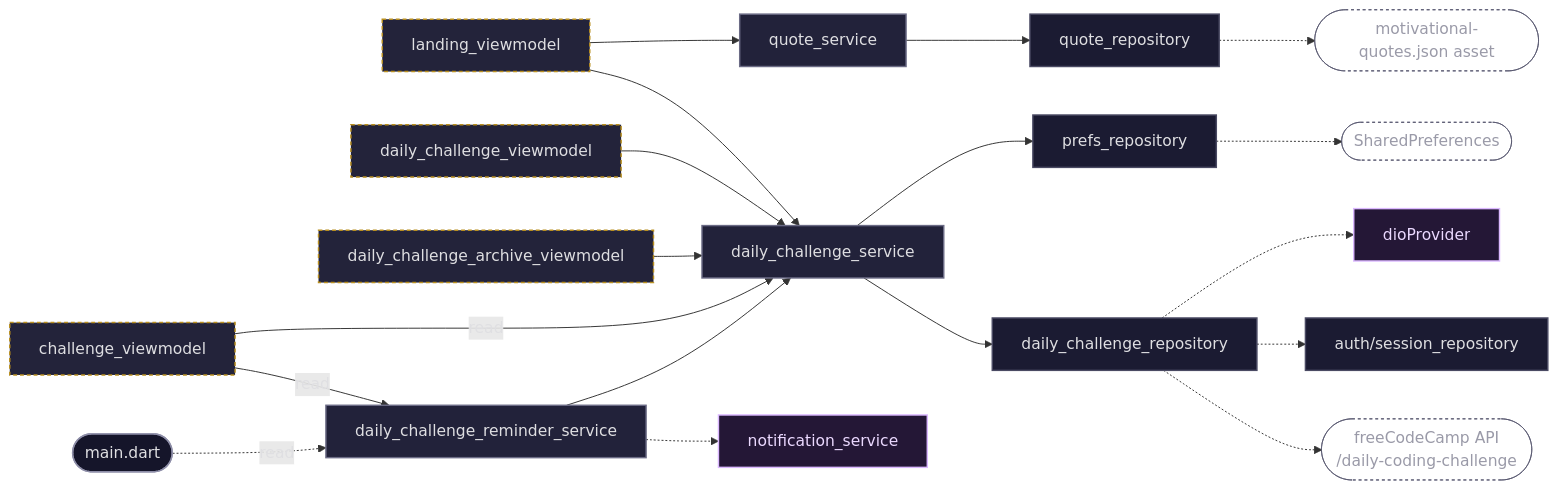
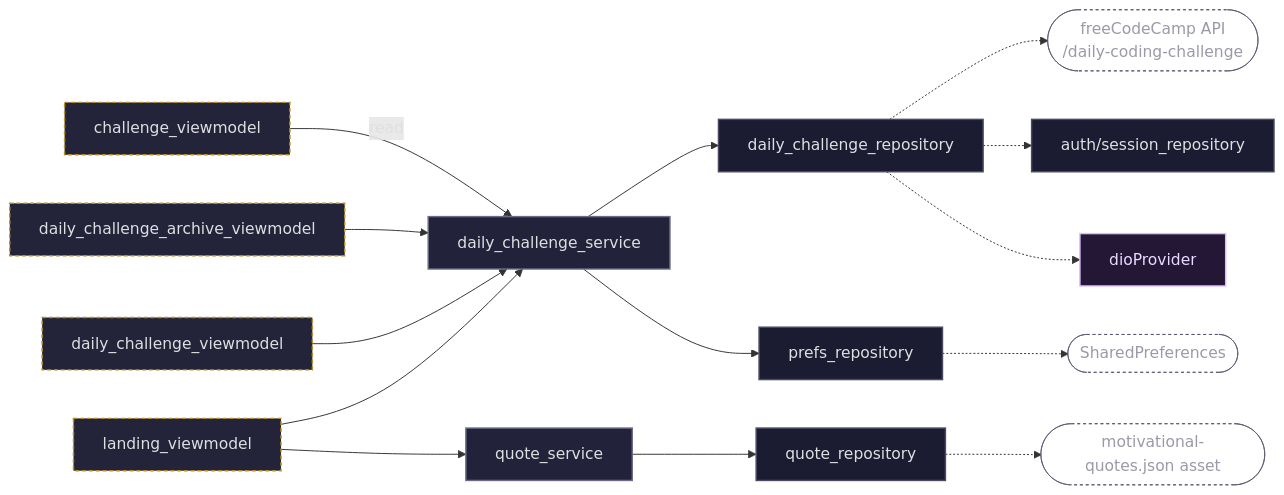
The sixth of 7 diagrams in docs/LAYER_MAP.md (freeCodeCamp/mobile), drawn with Mermaid before and after one commit. The commit also changed other lines of this file and 12 other files, not shown here.

First line of the commit message:
fix: keep daily reminder on for v8 users and skip days the app is opened

````diff
--- a/docs/LAYER_MAP.md
+++ b/docs/LAYER_MAP.md
@@ -263,52 +263,45 @@
 ```mermaid
 flowchart LR
   LVM["landing_viewmodel"]:::vm
   DVM["daily_challenge_viewmodel"]:::vm
   AVM["daily_challenge_archive_viewmodel"]:::vm
   CVM2["challenge_viewmodel"]:::vm
-  ROOT(["main.dart"]):::root
 
   DCS["daily_challenge_service"]:::svc
-  REM["daily_challenge_reminder_service"]:::svc
   QS2["quote_service"]:::svc
 
   DCR["daily_challenge_repository"]:::repo
   PR2["prefs_repository"]:::repo
   QR["quote_repository"]:::repo
   SESS2["auth/session_repository"]:::repo
 
-  NOTIF["notification_service"]:::plat
   DIO2["dioProvider"]:::plat
 
   SRC4(["freeCodeCamp API<br/>/daily-coding-challenge"]):::ext
   SRC5(["SharedPreferences"]):::ext
   SRC6(["motivational-quotes.json asset"]):::ext
 
   LVM --> DCS
   LVM --> QS2
   DVM --> DCS
   AVM --> DCS
   CVM2 -->|read| DCS
-  CVM2 -->|read| REM
-  REM --> DCS
 
   DCS --> DCR
   DCS --> PR2
   QS2 --> QR
 
   DCR -.-> SRC4
   PR2 -.-> SRC5
   QR -.-> SRC6
 
-  REM -.-> NOTIF
-  ROOT -.->|read| REM
   DCR -.-> SESS2
   DCR -.-> DIO2
 
   classDef vm fill:#23233a,stroke:#B98F1F,stroke-width:1.5px,stroke-dasharray:4 3,color:#DFDFE2
   classDef svc fill:#22223a,stroke:#6B6B85,stroke-width:1.5px,color:#DFDFE2
   classDef repo fill:#1B1B32,stroke:#4A4A63,stroke-width:1.5px,color:#DFDFE2
   classDef plat fill:#241736,stroke:#DBB8FF,stroke-width:1.5px,color:#EBD9FF
   classDef ext fill:transparent,stroke:#585870,stroke-width:1px,stroke-dasharray:3 3,color:#9A9AA8
   classDef root fill:#15152a,stroke:#8E8EA8,stroke-width:1.5px,color:#DFDFE2
 ```
````
